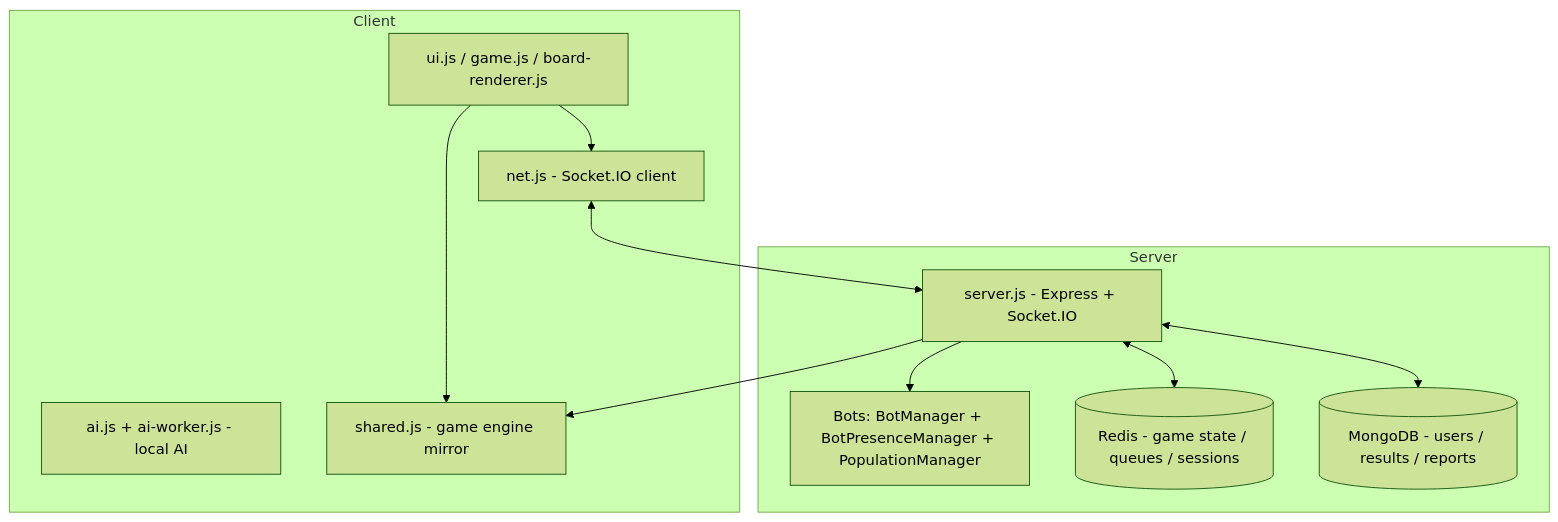
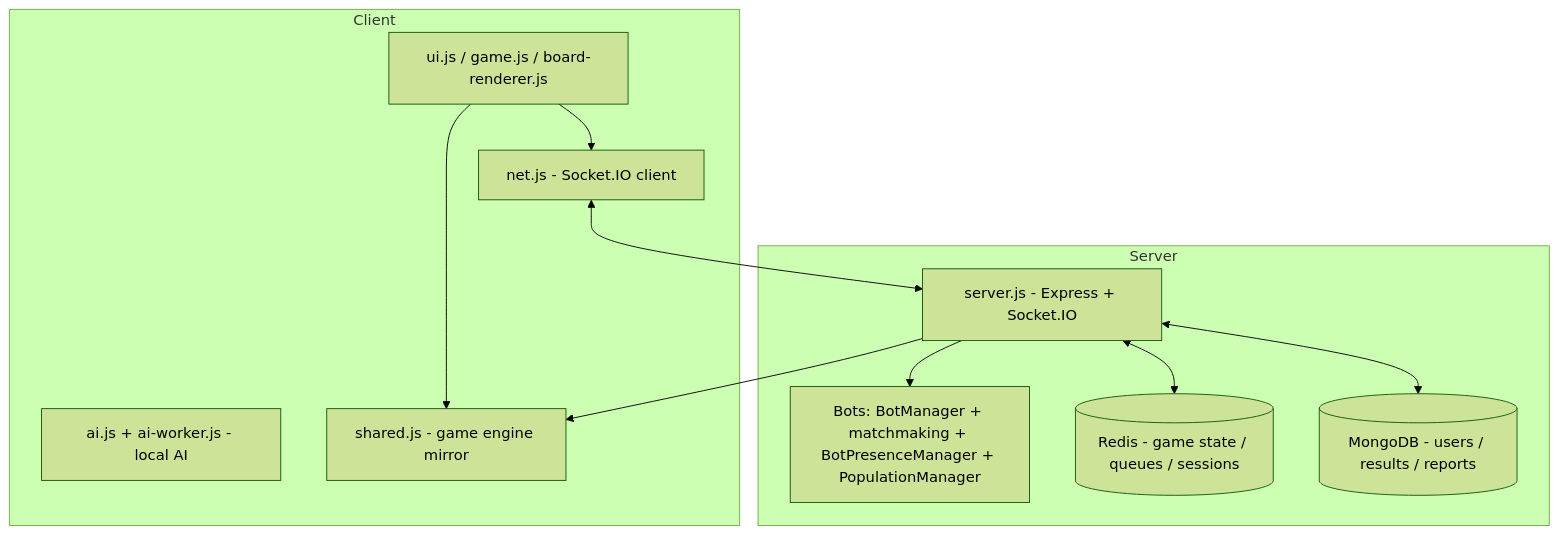
One commit to govnoboss/Quoridor changed the diagram in docs/ARCHITECTURE.md. Above: the diagram before and after it, drawn with Mermaid (forest theme). The commit also changed other lines of this file and 39 other files, not shown here.

````diff
--- a/docs/ARCHITECTURE.md
+++ b/docs/ARCHITECTURE.md
@@ -11,22 +11,22 @@
 ```mermaid
 graph TD
     subgraph Client
         UI[ui.js / game.js / board-renderer.js]
         NET[net.js - Socket.IO client]
         AIW[ai.js + ai-worker.js - local AI]
         SH[shared.js - game engine mirror]
     end
     subgraph Server
         S[server.js - Express + Socket.IO]
-        RM[Bots: BotManager + BotPresenceManager + PopulationManager]
+        RM[Bots: BotManager + matchmaking + BotPresenceManager + PopulationManager]
         RED[(Redis - game state / queues / sessions)]
         MON[(MongoDB - users / results / reports)]
     end
     UI --> NET
     NET <--> S
     S --> SH
     UI --> SH
     S --> RM
     S <--> RED
     S <--> MON
 ```
````
